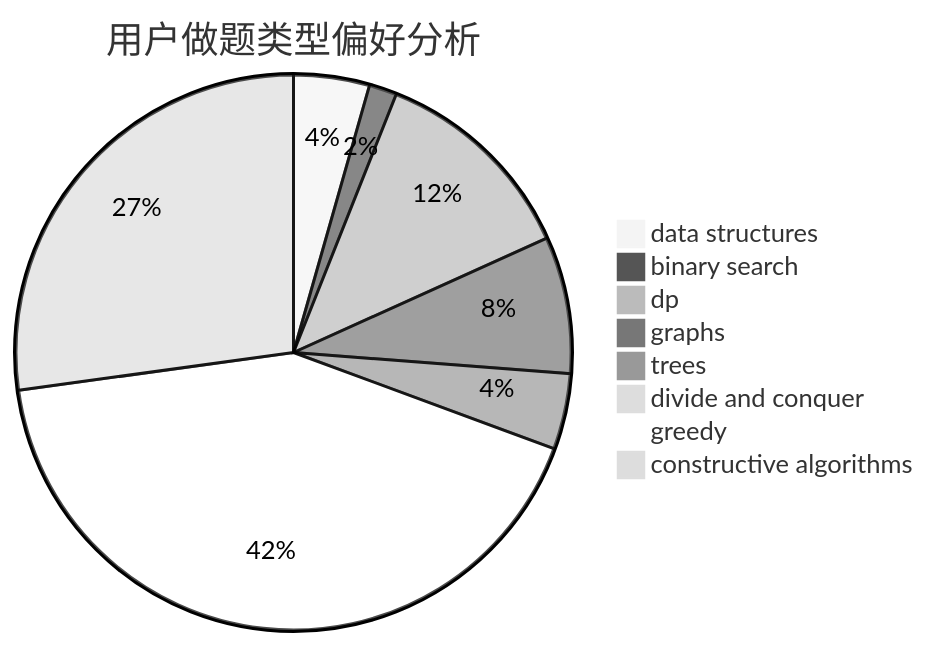
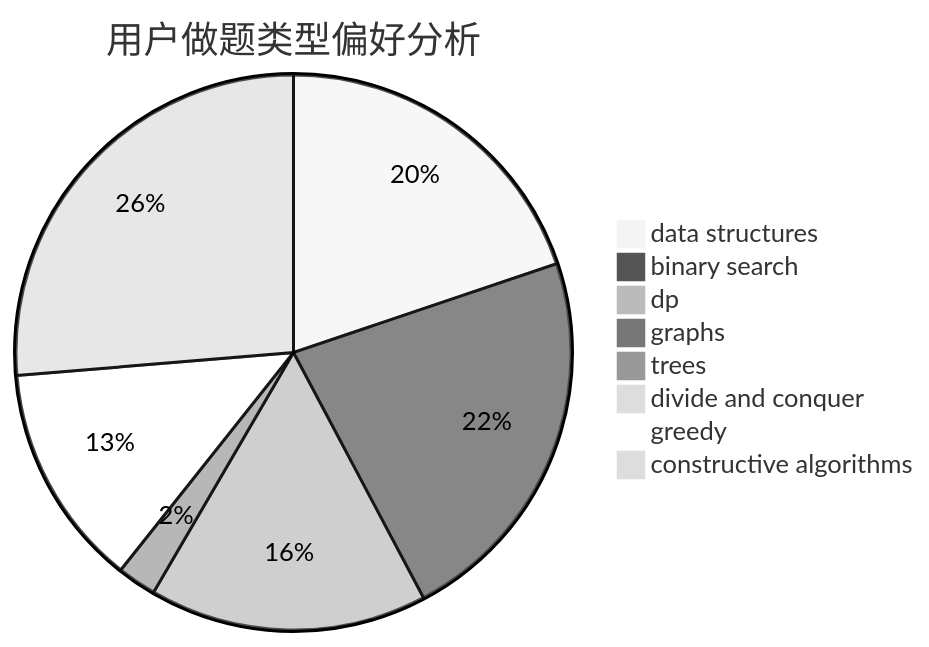
One commit to sherpahu/cfrs.github.io changed the second of 3 diagrams in docs/user/u905.md. Above: the diagram before and after it, drawn with Mermaid (neutral theme). The commit also changed other lines of this file and 2770 other files, not shown here.

````diff
--- a/docs/user/u905.md
+++ b/docs/user/u905.md
@@ -23,11 +23,11 @@
 ```mermaid
 pie title 用户做题类型偏好分析
-    "data structures" :  134
-    "binary search" :  49
-    "dp" :  371
-    "graphs" :  242
-    "trees" :  134
-    "divide and conquer" :  0
-    "greedy" :  1281
-    "constructive algorithms" :  825
+    "data structures" :  244
+    "binary search" :  276
+    "dp" :  199
+    "graphs" :  0
+    "trees" :  28
+    "divide and conquer" :  11
+    "greedy" :  160
+    "constructive algorithms" :  324
 ```
````
